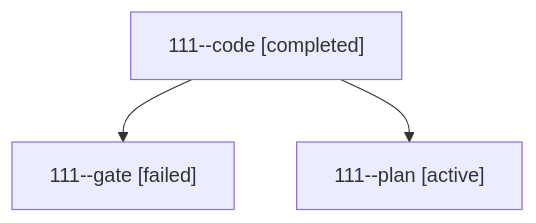
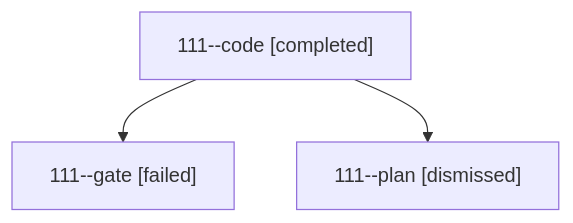
The diagram in sessions/bbugyi200.athena.111.md (bobs-org/bob-cli--agents), drawn with Mermaid before and after one commit. The commit also changed other lines of this file and 10 other files, not shown here.

````diff
--- a/sessions/bbugyi200.athena.111.md
+++ b/sessions/bbugyi200.athena.111.md
@@ -9,8 +9,8 @@
 ```mermaid
 flowchart TD
   n0["111--code [completed]"]
   n1["111--gate [failed]"]
   n0 --> n1
-  n2["111--plan [active]"]
+  n2["111--plan [dismissed]"]
   n0 --> n2
 ```
````
